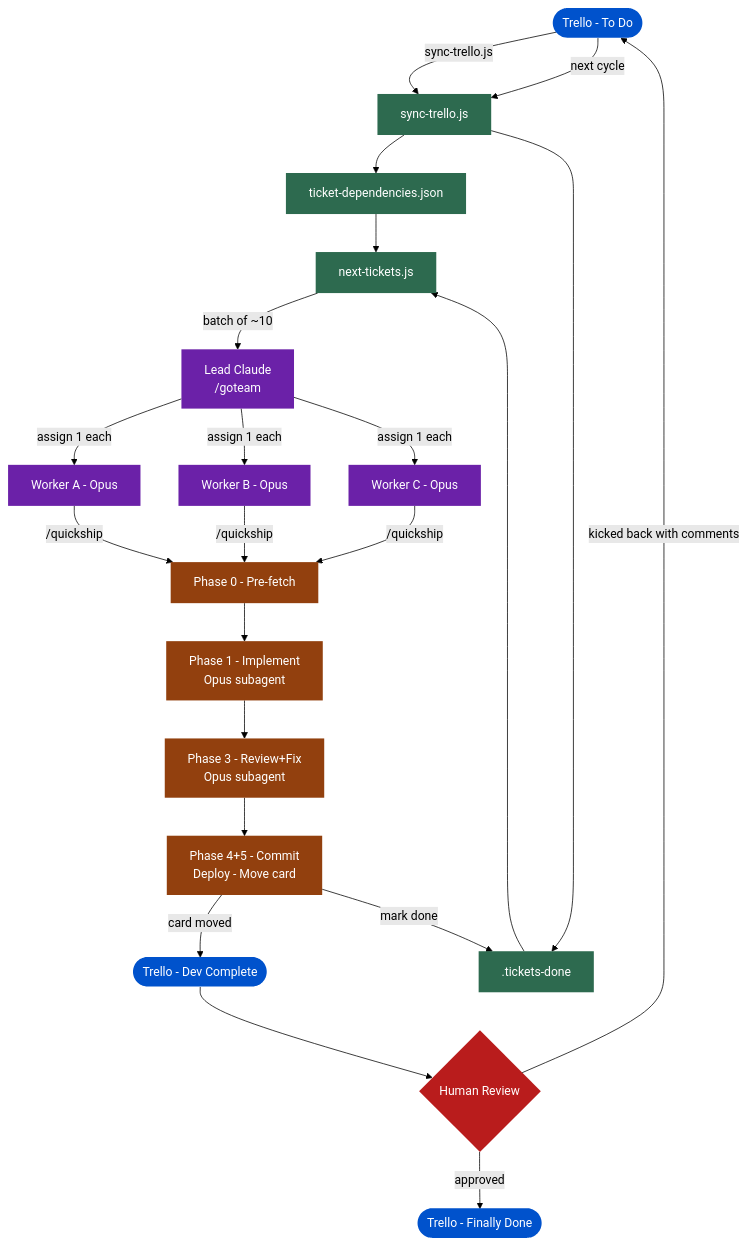
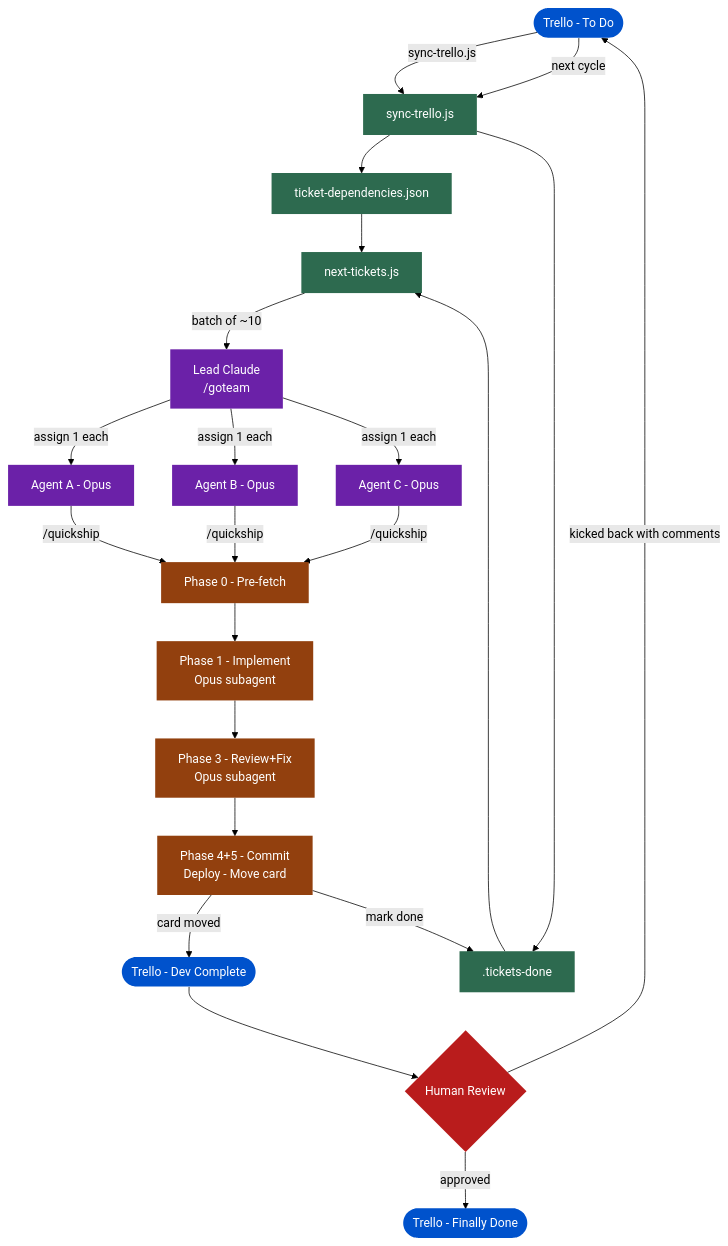
One commit to Qictrader2/qic changed the diagram in aiteam/README.md. Above: the diagram before and after it, drawn with Mermaid (forest theme). The commit also changed other lines of this file and 4 other files, not shown here.

````diff
--- a/aiteam/README.md
+++ b/aiteam/README.md
@@ -9,43 +9,43 @@
 ```mermaid
 flowchart TD
     classDef trello fill:#0052CC,color:#fff,stroke:none
     classDef local fill:#2D6A4F,color:#fff,stroke:none
     classDef agent fill:#6B21A8,color:#fff,stroke:none
     classDef phase fill:#92400E,color:#fff,stroke:none
     classDef human fill:#B91C1C,color:#fff,stroke:none
 
     T1([Trello - To Do]):::trello
     T2([Trello - Dev Complete]):::trello
     T3([Trello - Finally Done]):::trello
 
     SYNC[sync-trello.js]:::local
     DEP[ticket-dependencies.json]:::local
     DONE[.tickets-done]:::local
     NXT[next-tickets.js]:::local
 
     LEAD[Lead Claude\n/goteam]:::agent
-    WA[Worker A - Opus]:::agent
-    WB[Worker B - Opus]:::agent
-    WC[Worker C - Opus]:::agent
+    WA[Agent A - Opus]:::agent
+    WB[Agent B - Opus]:::agent
+    WC[Agent C - Opus]:::agent
 
     P0[Phase 0 - Pre-fetch]:::phase
     P1[Phase 1 - Implement\nOpus subagent]:::phase
     P3[Phase 3 - Review+Fix\nOpus subagent]:::phase
     P45[Phase 4+5 - Commit\nDeploy - Move card]:::phase
 
     HUMAN{Human Review}:::human
 
     T1 -->|sync-trello.js| SYNC
     SYNC --> DEP & DONE
     DEP & DONE --> NXT
     NXT -->|batch of ~10| LEAD
     LEAD -->|assign 1 each| WA & WB & WC
     WA & WB & WC -->|/quickship| P0
     P0 --> P1 --> P3 --> P45
     P45 -->|card moved| T2
     P45 -->|mark done| DONE
     T2 --> HUMAN
     HUMAN -->|approved| T3
     HUMAN -->|kicked back with comments| T1
     T1 -->|next cycle| SYNC
 ```
````
